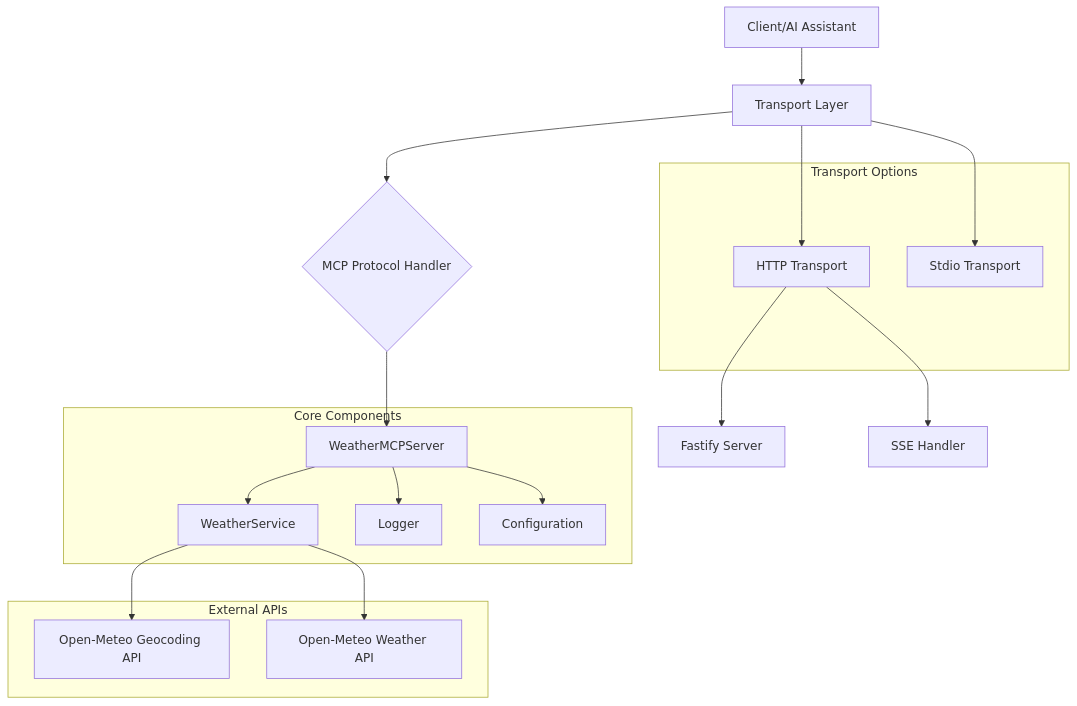
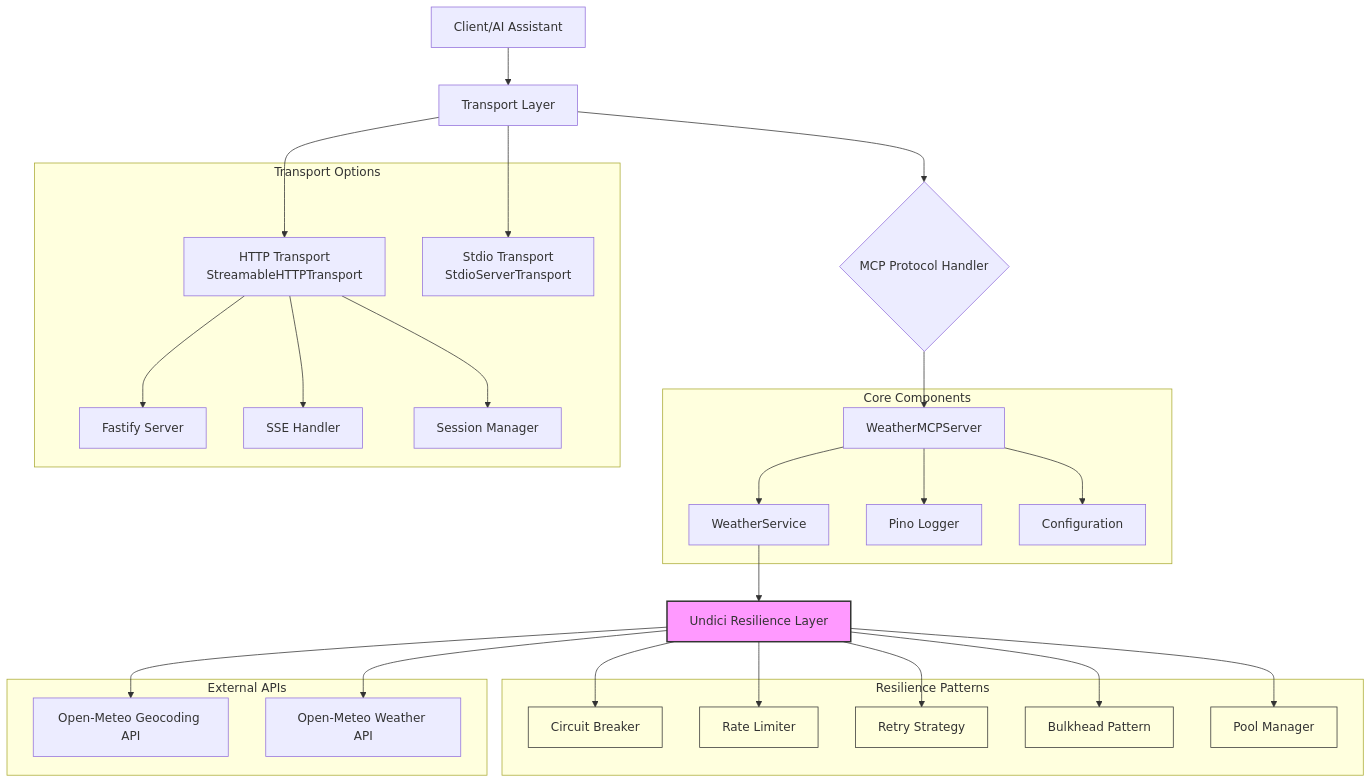
Before and after one commit to kumaran-is/mcp-weather-server: the fourth of 4 diagrams in README.md, drawn with Mermaid. The commit also changed other lines of this file and 54 other files, not shown here.

````diff
--- a/README.md
+++ b/README.md
@@ -224,37 +484,63 @@
 ```mermaid
 graph TB
     A[Client/AI Assistant] --> B[Transport Layer]
     B --> C{MCP Protocol Handler}
 
     C --> D[WeatherMCPServer]
     D --> E[WeatherService]
 
-    E --> F[Open-Meteo Geocoding API]
-    E --> G[Open-Meteo Weather API]
+    E --> R[Undici Resilience Layer]
+    R --> F[Open-Meteo Geocoding API]
+    R --> G[Open-Meteo Weather API]
 
-    D --> H[Logger]
+    D --> H[Pino Logger]
     D --> I[Configuration]
 
-    B --> J[HTTP Transport]
-    B --> K[Stdio Transport]
+    B --> J[HTTP Transport<br/>StreamableHTTPTransport]
+    B --> K[Stdio Transport<br/>StdioServerTransport]
 
     J --> L[Fastify Server]
     J --> M[SSE Handler]
+    J --> S[Session Manager]
+
+    R --> CB[Circuit Breaker]
+    R --> RL[Rate Limiter]
+    R --> RT[Retry Strategy]
+    R --> BH[Bulkhead Pattern]
+    R --> PM[Pool Manager]
 
     subgraph "Core Components"
         D
         E
         H
         I
     end
 
     subgraph "Transport Options"
         J
         K
+        L
+        M
+        S
+    end
+
+    subgraph "Resilience Patterns"
+        CB
+        RL
+        RT
+        BH
+        PM
     end
 
     subgraph "External APIs"
         F
         G
     end
+
+    style R fill:#f9f,stroke:#333,stroke-width:2px
+    style CB fill:#ffd,stroke:#333,stroke-width:1px
+    style RL fill:#ffd,stroke:#333,stroke-width:1px
+    style RT fill:#ffd,stroke:#333,stroke-width:1px
+    style BH fill:#ffd,stroke:#333,stroke-width:1px
+    style PM fill:#ffd,stroke:#333,stroke-width:1px
 ```
````
